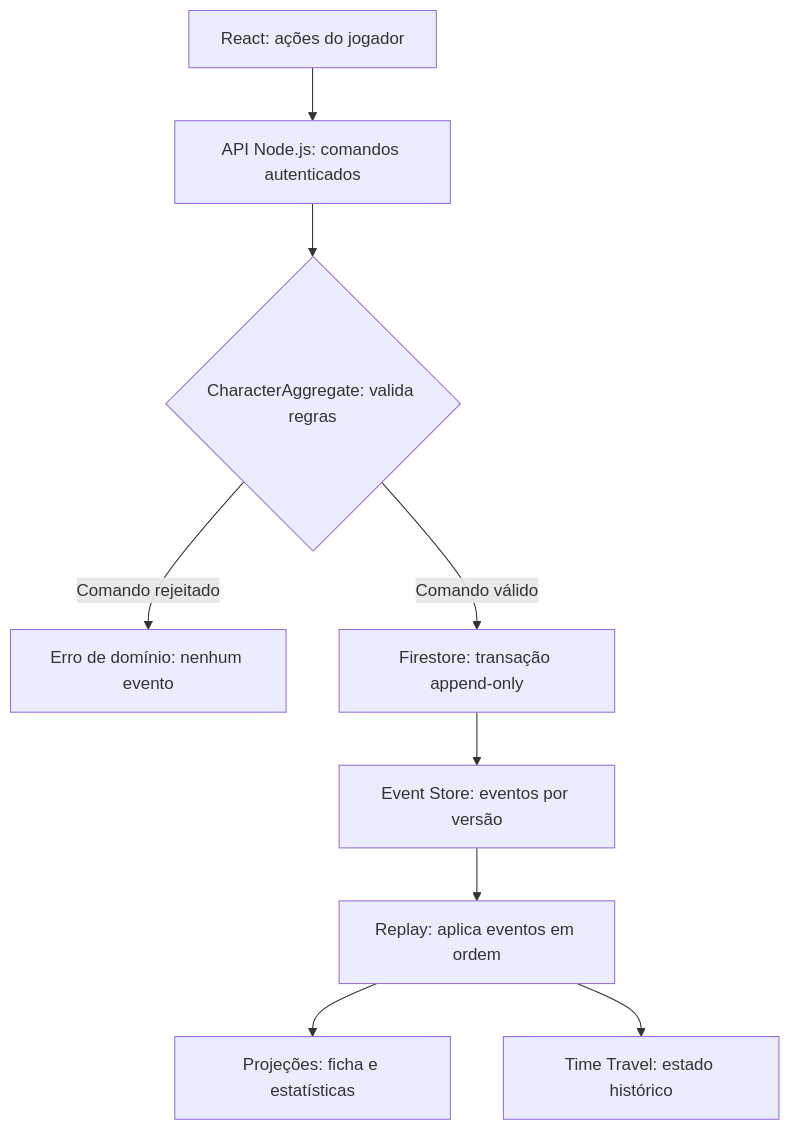
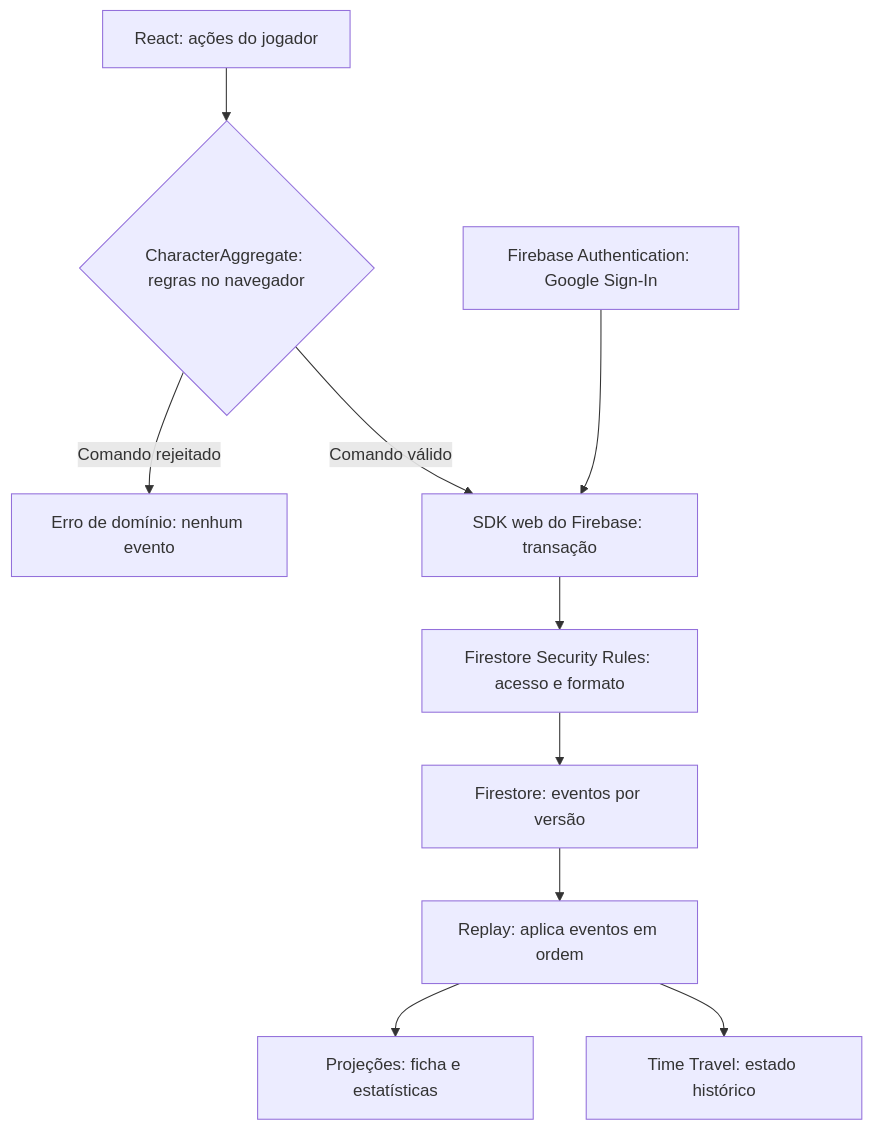
The diagram in README.md (taciomedeiros/rpg-travel), drawn with Mermaid before and after one commit. The commit also changed other lines of this file and 1 other file, not shown here.

Commit message:
feat: update workshop notes to clarify command validation and event persistence

````diff
--- a/README.md
+++ b/README.md
@@ -21,11 +23,12 @@
 ```mermaid
 flowchart TD
-  A[React: ações do jogador] --> B[API Node.js: comandos autenticados]
-  B --> C{CharacterAggregate: valida regras}
+  A[React: ações do jogador] --> C{CharacterAggregate: regras no navegador}
   C -->|Comando rejeitado| D[Erro de domínio: nenhum evento]
-  C -->|Comando válido| E[Firestore: transação append-only]
-  E --> F[Event Store: eventos por versão]
+  C -->|Comando válido| E[SDK web do Firebase: transação]
+  B[Firebase Authentication: Google Sign-In] --> E
+  E --> R[Firestore Security Rules: acesso e formato]
+  R --> F[Firestore: eventos por versão]
   F --> G[Replay: aplica eventos em ordem]
   G --> H[Projeções: ficha e estatísticas]
   G --> I[Time Travel: estado histórico]
 ```
````
